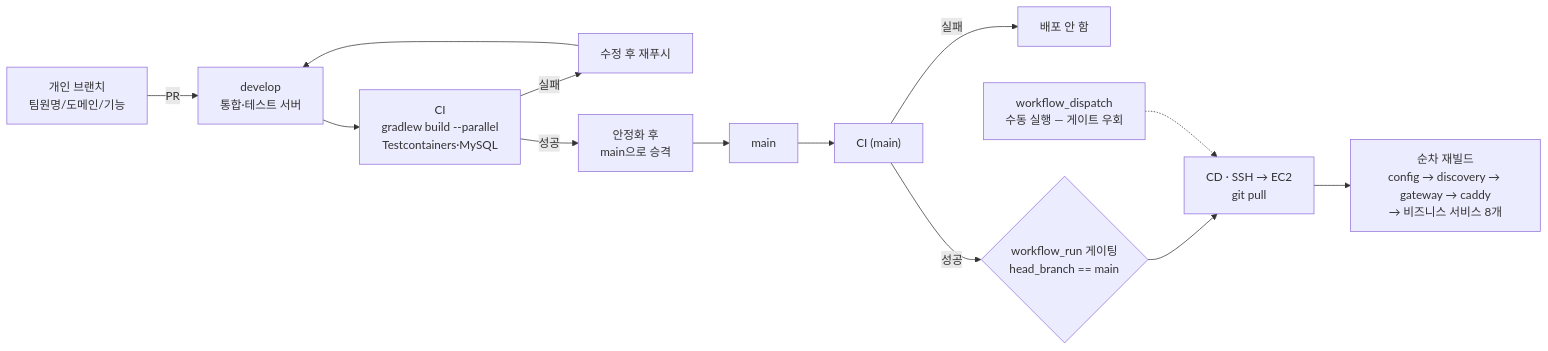
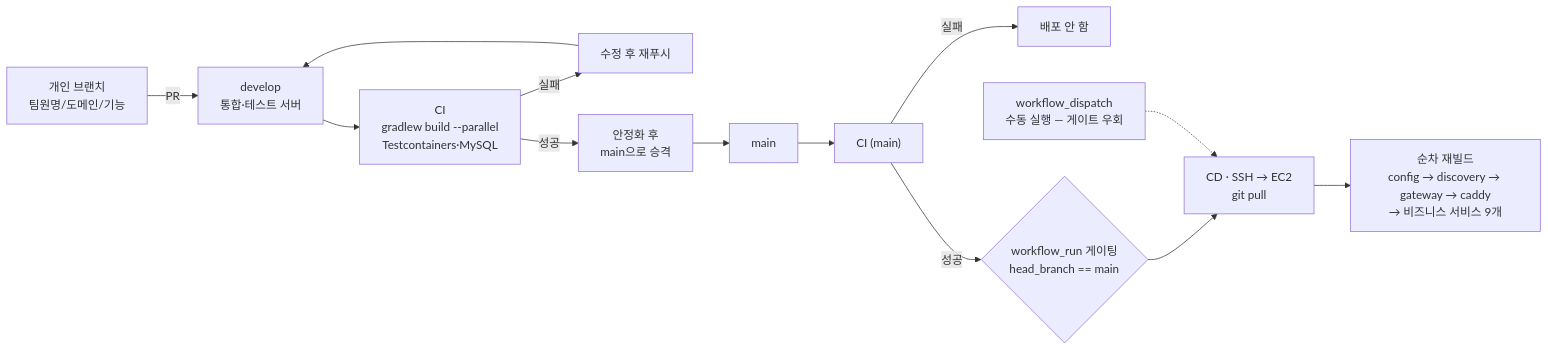
The third of 3 diagrams in docs/summary/INFRA_DIAGRAM.md (prgrms-be-adv-devcourse/beadv7_7_earlybird_BE), drawn with Mermaid before and after one commit. The commit also changed other lines of this file and 2 other files, not shown here.

````diff
--- a/docs/summary/INFRA_DIAGRAM.md
+++ b/docs/summary/INFRA_DIAGRAM.md
@@ -105,14 +107,14 @@
 ```mermaid
 flowchart LR
   DEV["개인 브랜치<br/>팀원명/도메인/기능"] -->|PR| DEVELOP["develop<br/>통합·테스트 서버"]
   DEVELOP --> CI1["CI<br/>gradlew build --parallel<br/>Testcontainers·MySQL"]
   CI1 -->|실패| FIX["수정 후 재푸시"] --> DEVELOP
   CI1 -->|성공| PROMOTE["안정화 후<br/>main으로 승격"]
   PROMOTE --> MAIN["main"]
   MAIN --> CI2["CI (main)"]
   CI2 -->|실패| BLOCK["배포 안 함"]
   CI2 -->|성공| GATE{"workflow_run 게이팅<br/>head_branch == main"}
   GATE --> CD["CD · SSH → EC2<br/>git pull"]
   MANUAL["workflow_dispatch<br/>수동 실행 — 게이트 우회"] -.-> CD
-  CD --> SEQ["순차 재빌드<br/>config → discovery → gateway → caddy<br/>→ 비즈니스 서비스 8개"]
+  CD --> SEQ["순차 재빌드<br/>config → discovery → gateway → caddy<br/>→ 비즈니스 서비스 9개"]
 ```
````
